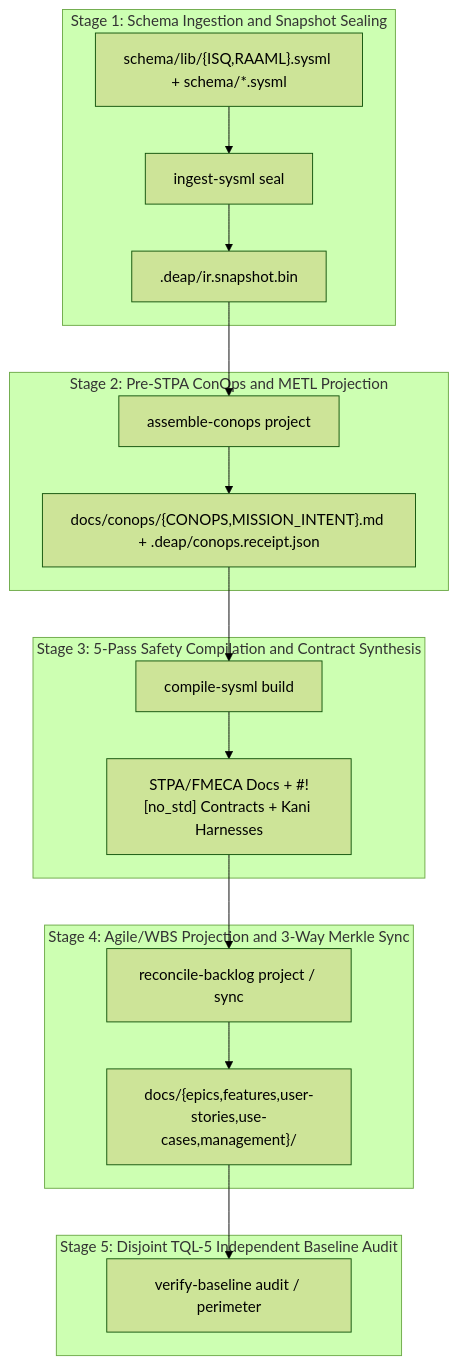
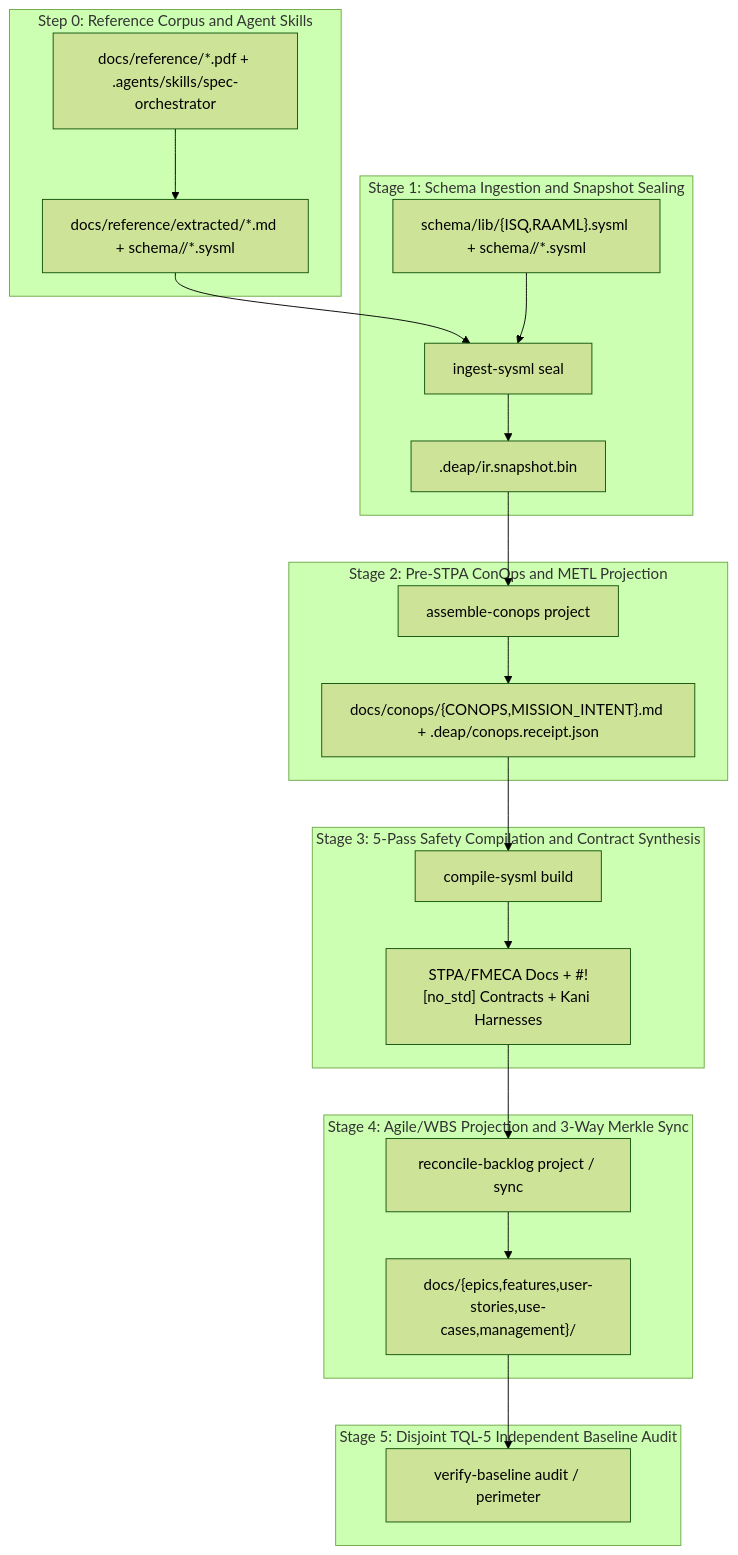
One commit to gintatkinson/uav03-tst01 changed the diagram in README.md. Above: the diagram before and after it, drawn with Mermaid (forest theme). The commit also changed other lines of this file and 34 other files, not shown here.

Commit message:
feat(avenger5): add OEM reference extractions, SysML v2 schema, and sealed IR baseline

````diff
--- a/README.md
+++ b/README.md
@@ -121,26 +120,31 @@
 ```mermaid
 flowchart TD
+    subgraph Step0["Step 0: Reference Corpus and Agent Skills"]
+        RefDocs["docs/reference/*.pdf + .agents/skills/spec-orchestrator"] --> Extracted["docs/reference/extracted/*.md + schema/<domain>/*.sysml"]
+    end
+
     subgraph Stage1["Stage 1: Schema Ingestion and Snapshot Sealing"]
-        SchemaDir["schema/lib/{ISQ,RAAML}.sysml + schema/*.sysml"] --> Ingest["ingest-sysml seal"]
+        Extracted --> Ingest["ingest-sysml seal"]
+        SchemaDir["schema/lib/{ISQ,RAAML}.sysml + schema/<domain>/*.sysml"] --> Ingest
         Ingest --> Snapshot[".deap/ir.snapshot.bin"]
     end
 
     subgraph Stage2["Stage 2: Pre-STPA ConOps and METL Projection"]
         Snapshot --> Conops["assemble-conops project"]
         Conops --> ConopsDocs["docs/conops/{CONOPS,MISSION_INTENT}.md + .deap/conops.receipt.json"]
     end
 
     subgraph Stage3["Stage 3: 5-Pass Safety Compilation and Contract Synthesis"]
         ConopsDocs --> Compile["compile-sysml build"]
         Compile --> SafetyOut["STPA/FMECA Docs + #![no_std] Contracts + Kani Harnesses"]
     end
 
     subgraph Stage4["Stage 4: Agile/WBS Projection and 3-Way Merkle Sync"]
         SafetyOut --> Reconcile["reconcile-backlog project / sync"]
         Reconcile --> BacklogOut["docs/{epics,features,user-stories,use-cases,management}/"]
     end
 
     subgraph Stage5["Stage 5: Disjoint TQL-5 Independent Baseline Audit"]
         BacklogOut --> Audit["verify-baseline audit / perimeter"]
     end
 ```
````
